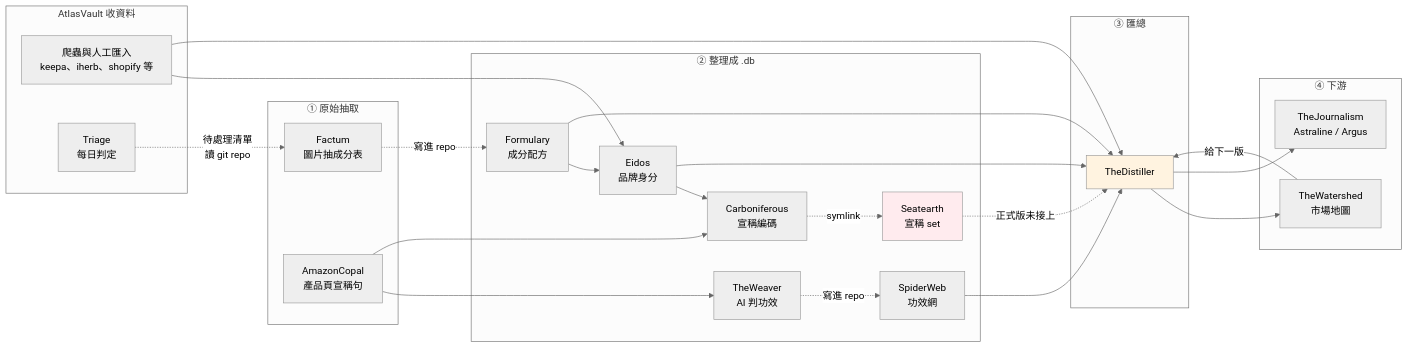
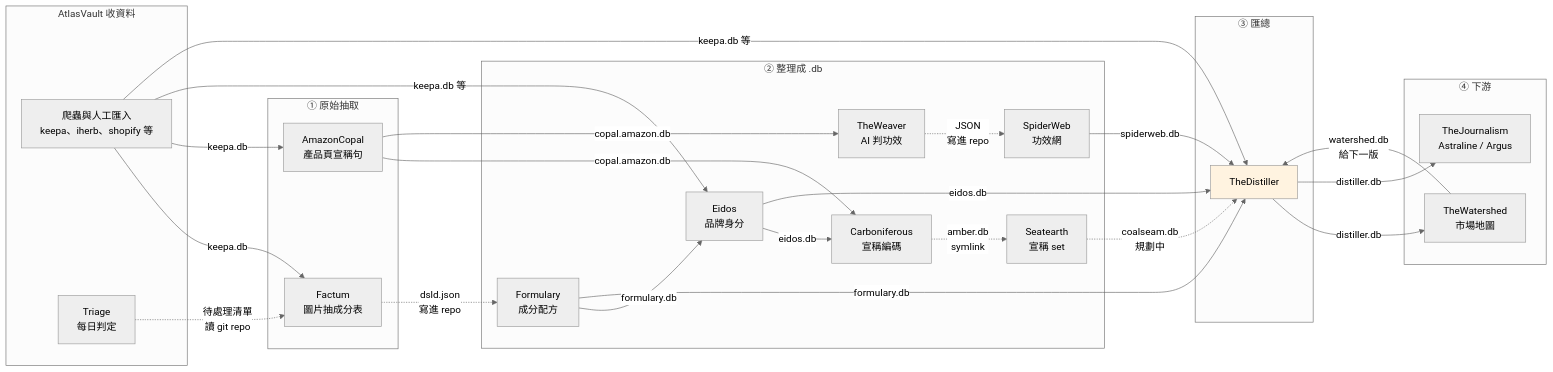
One commit to mapleelpam/LuminNexus-LearningMap changed the diagram in projects/alchemymind/00_overview.md. Above: the diagram before and after it, drawn with Mermaid (neutral theme). The commit also changed other lines of this file, not shown here.

Commit message:
docs: 00_overview 依審閱修正（全景圖標 .db 名、宣稱線簡化、圖例四種虛線與白話說明）

````diff
--- a/projects/alchemymind/00_overview.md
+++ b/projects/alchemymind/00_overview.md
@@ -50,47 +51,48 @@
 ```mermaid
 graph LR
     subgraph S0[AtlasVault 收資料]
         AV[爬蟲與人工匯入<br/>keepa、iherb、shopify 等]
         TR[Triage<br/>每日判定]
     end
     subgraph S1[① 原始抽取]
         FA[Factum<br/>圖片抽成分表]
         CO[AmazonCopal<br/>產品頁宣稱句]
     end
     subgraph S2[② 整理成 .db]
         FO[Formulary<br/>成分配方]
         EI[Eidos<br/>品牌身分]
         WE[TheWeaver<br/>AI 判功效]
         SW[SpiderWeb<br/>功效網]
         CA[Carboniferous<br/>宣稱編碼]
         SE[Seatearth<br/>宣稱 set]
     end
     subgraph S3[③ 匯總]
         DI[TheDistiller]
     end
     subgraph S4[④ 下游]
         WA[TheWatershed<br/>市場地圖]
         DOWN[TheJournalism<br/>Astraline / Argus]
     end
 
+    AV -->|keepa.db| FA
+    AV -->|keepa.db| CO
     TR -.->|待處理清單<br/>讀 git repo| FA
-    FA -.->|寫進 repo| FO
-    WE -.->|寫進 repo| SW
-    CO --> WE
-    CO --> CA
-    AV --> EI
-    FO --> EI
-    EI --> CA
-    CA -.->|symlink| SE
-    AV --> DI
-    FO --> DI
-    EI --> DI
-    SW --> DI
-    SE -.->|正式版未接上| DI
-    DI --> WA
-    WA -->|給下一版| DI
-    DI --> DOWN
+    FA -.->|dsld.json<br/>寫進 repo| FO
+    WE -.->|JSON<br/>寫進 repo| SW
+    CO -->|copal.amazon.db| CA
+    CO -->|copal.amazon.db| WE
+    AV -->|keepa.db 等| EI
+    FO -->|formulary.db| EI
+    EI -->|eidos.db| CA
+    CA -.->|amber.db<br/>symlink| SE
+    AV -->|keepa.db 等| DI
+    FO -->|formulary.db| DI
+    EI -->|eidos.db| DI
+    SW -->|spiderweb.db| DI
+    SE -.->|coalseam.db<br/>規劃中| DI
+    DI -->|distiller.db| WA
+    WA -->|watershed.db<br/>給下一版| DI
+    DI -->|distiller.db| DOWN
 
     style DI fill:#fff3e0
-    style SE fill:#ffebee
 ```
````
